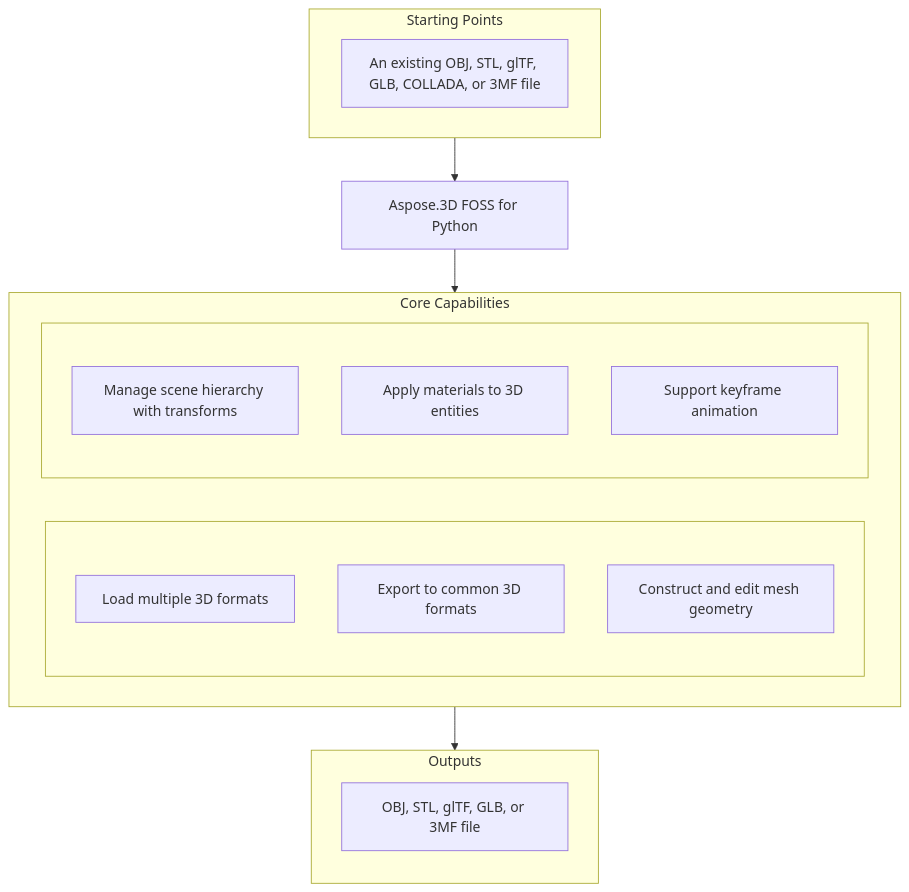
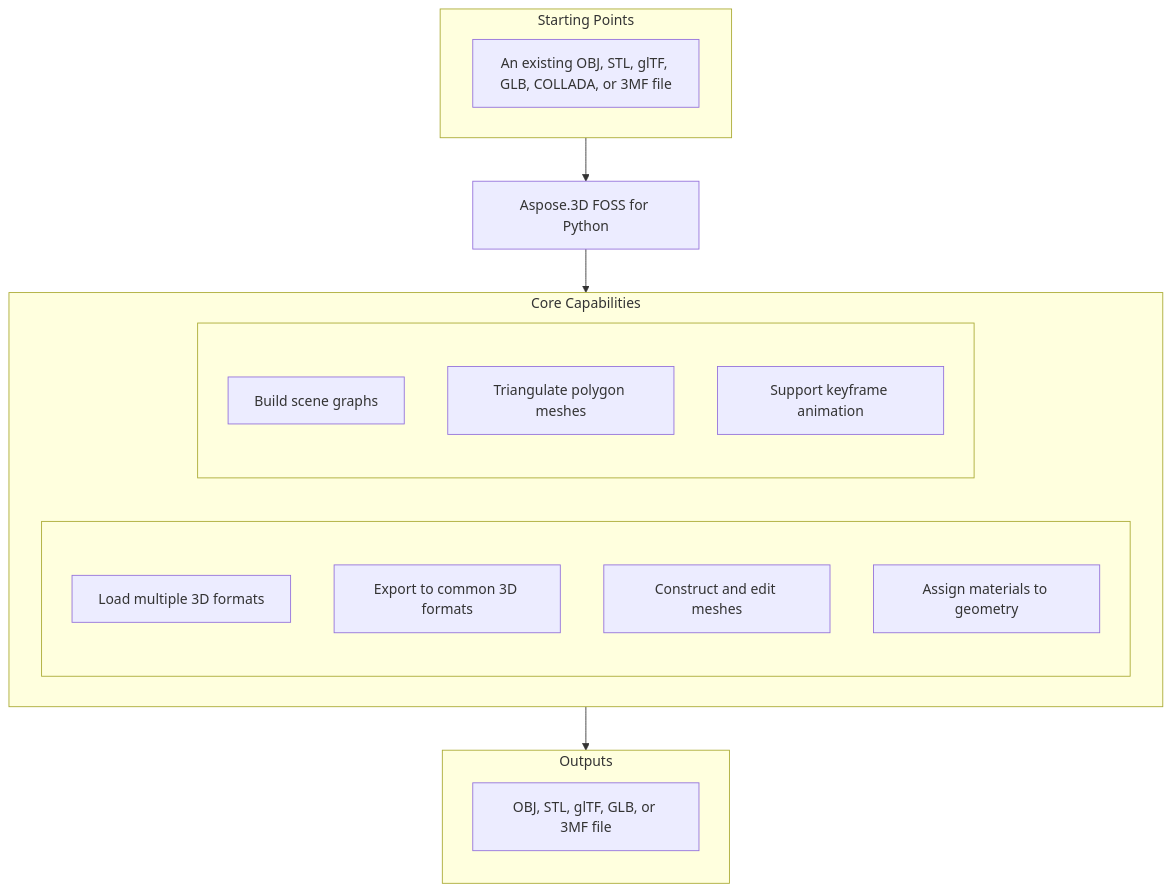
The diagram in candidates/aspose-3d-foss__Aspose.3D-FOSS-for-Python/65b1f577c0f16d0d9112bb6c1153d3024543ac02/README.md (babar-raza/repository-presenter), drawn with Mermaid before and after one commit. The commit also changed other lines of this file and 23 other files, not shown here.

````diff
--- a/candidates/aspose-3d-foss__Aspose.3D-FOSS-for-Python/65b1f577c0f16d0d9112bb6c1153d3024543ac02/README.md
+++ b/candidates/aspose-3d-foss__Aspose.3D-FOSS-for-Python/65b1f577c0f16d0d9112bb6c1153d3024543ac02/README.md
@@ -25,28 +25,29 @@
 ```mermaid
 flowchart TD
   subgraph StartingPoints["Starting Points"]
     direction LR
     i1["An existing OBJ, STL, glTF, GLB, COLLADA, or 3MF file"]
   end
   PRODUCT["Aspose.3D FOSS for Python"]
   subgraph Capabilities["Core Capabilities"]
     direction LR
     subgraph capl[" "]
       direction TB
       c1["Load multiple 3D formats"]
       c2["Export to common 3D formats"]
-      c3["Construct and edit mesh geometry"]
+      c3["Construct and edit meshes"]
+      c4["Assign materials to geometry"]
     end
     subgraph capr[" "]
       direction TB
-      c4["Manage scene hierarchy with transforms"]
-      c5["Apply materials to 3D entities"]
-      c6["Support keyframe animation"]
+      c5["Build scene graphs"]
+      c6["Triangulate polygon meshes"]
+      c7["Support keyframe animation"]
     end
   end
   subgraph Outputs["Outputs"]
     direction TB
     o1["OBJ, STL, glTF, GLB, or 3MF file"]
   end
   StartingPoints --> PRODUCT --> Capabilities --> Outputs
 ```
````
